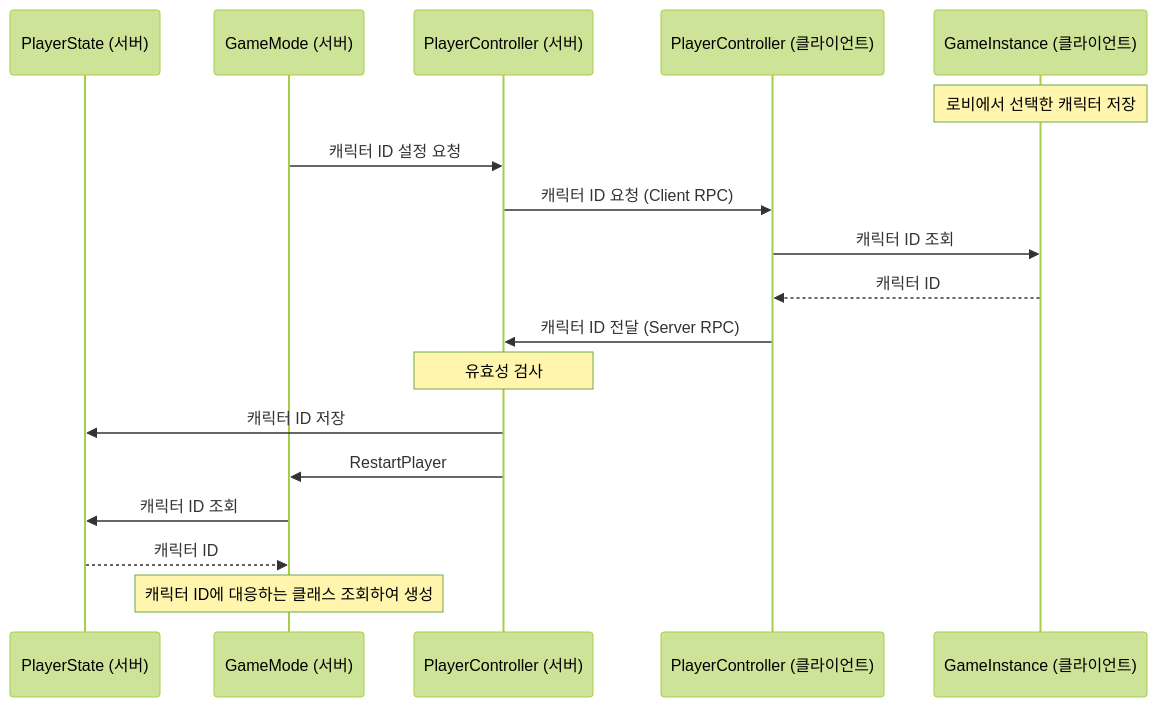
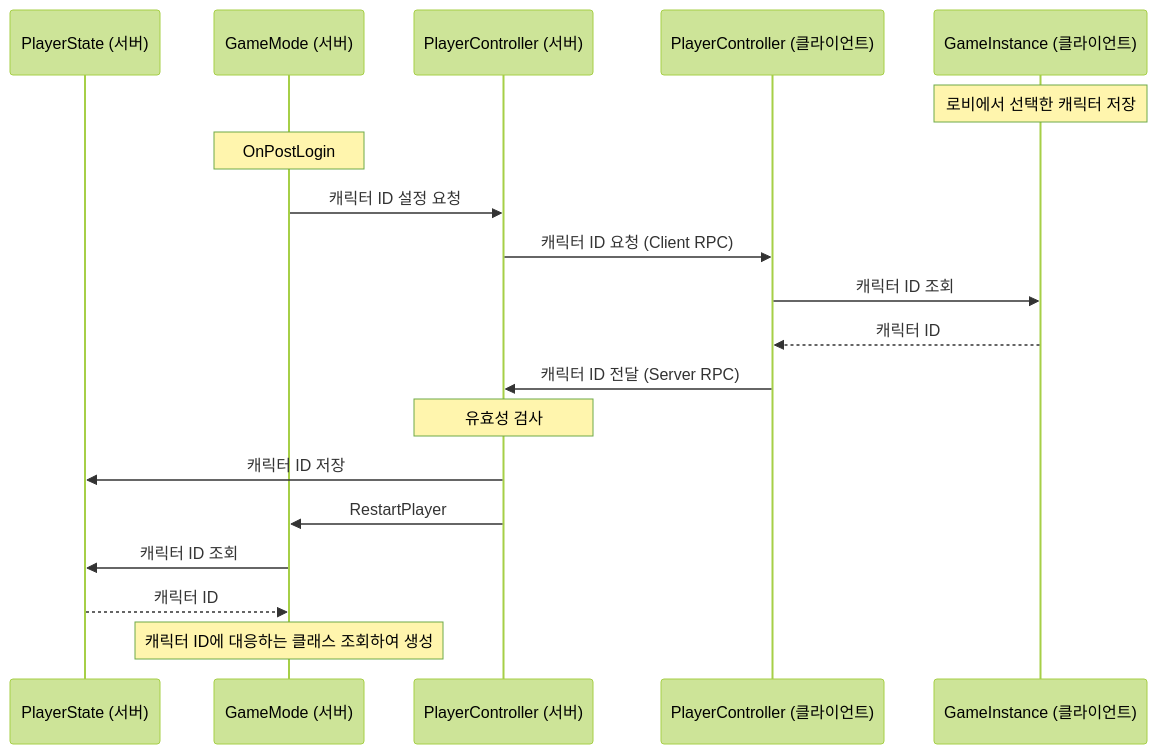
Before and after one commit to expx2/UnrealRPGProject: the first of 2 diagrams in Docs/GameplayArchitecture.md, drawn with Mermaid (forest theme).

````diff
--- a/Docs/GameplayArchitecture.md
+++ b/Docs/GameplayArchitecture.md
@@ -7,21 +7,22 @@
 ```mermaid
 sequenceDiagram
     participant PS as PlayerState (서버)
     participant GM as GameMode (서버)
     participant SPC as PlayerController (서버)
     participant CPC as PlayerController (클라이언트)
     participant GI as GameInstance (클라이언트)
 
     Note over GI: 로비에서 선택한 캐릭터 저장
+    Note over GM: OnPostLogin
     GM->>SPC: 캐릭터 ID 설정 요청
     SPC->>CPC: 캐릭터 ID 요청 (Client RPC)
     CPC->>GI: 캐릭터 ID 조회
     GI-->>CPC: 캐릭터 ID
     CPC->>SPC: 캐릭터 ID 전달 (Server RPC)
     Note over SPC: 유효성 검사
     SPC->>PS: 캐릭터 ID 저장
     SPC->>GM: RestartPlayer
     GM->>PS: 캐릭터 ID 조회
     PS-->>GM: 캐릭터 ID
     Note over GM: 캐릭터 ID에 대응하는 클래스 조회하여 생성
 ```
````
